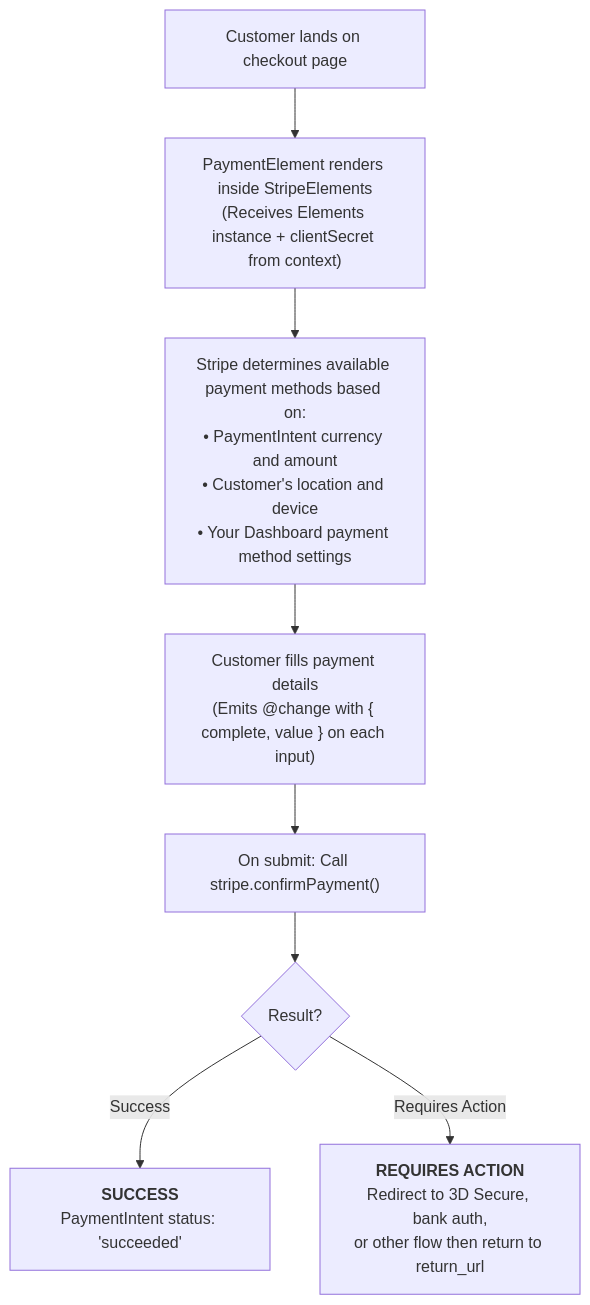
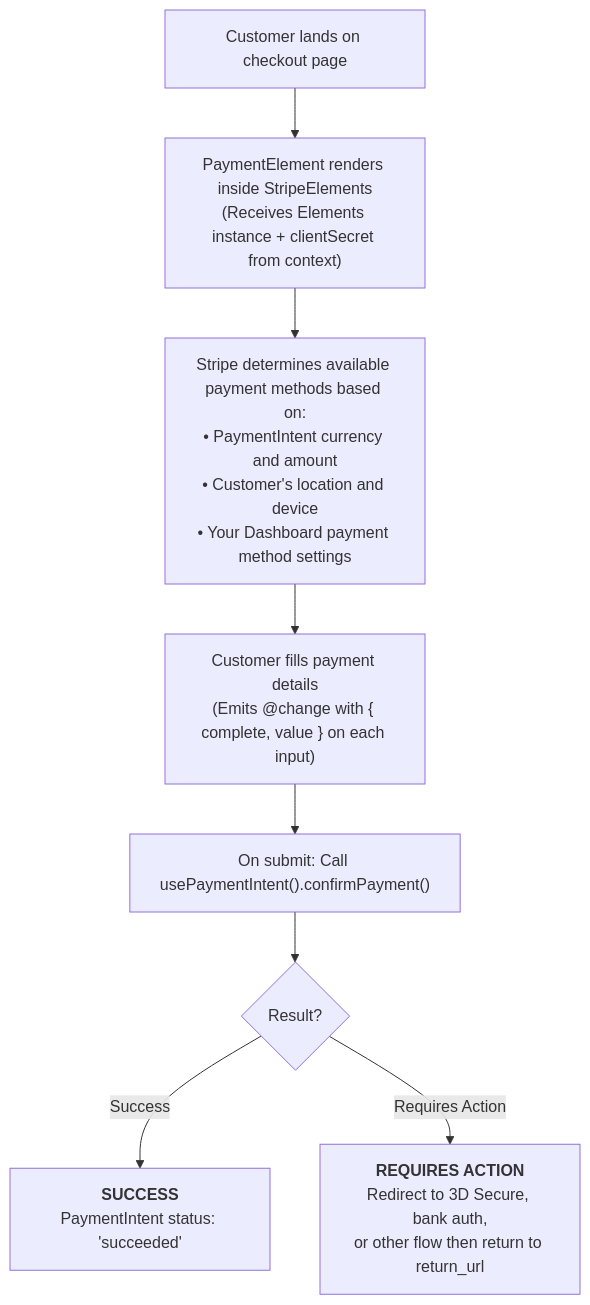
One commit to vue-stripe/vue-stripe changed the diagram in apps/docs/api/components/stripe-payment-element.md. Above: the diagram before and after it, drawn with Mermaid. The commit also changed other lines of this file and 24 other files, not shown here.

````diff
--- a/apps/docs/api/components/stripe-payment-element.md
+++ b/apps/docs/api/components/stripe-payment-element.md
@@ -23,10 +23,10 @@
 ```mermaid
 flowchart TD
     A["Customer lands on checkout page"] --> B["PaymentElement renders inside StripeElements<br/>(Receives Elements instance + clientSecret from context)"]
     B --> C["Stripe determines available payment methods based on:<br/>• PaymentIntent currency and amount<br/>• Customer's location and device<br/>• Your Dashboard payment method settings"]
     C --> D["Customer fills payment details<br/>(Emits @change with { complete, value } on each input)"]
-    D --> E["On submit: Call stripe.confirmPayment()"]
+    D --> E["On submit: Call usePaymentIntent().confirmPayment()"]
     E --> F{Result?}
     F -->|Success| G["<b>SUCCESS</b><br/>PaymentIntent status: 'succeeded'"]
     F -->|Requires Action| H["<b>REQUIRES ACTION</b><br/>Redirect to 3D Secure, bank auth,<br/>or other flow then return to return_url"]
 ```
````
